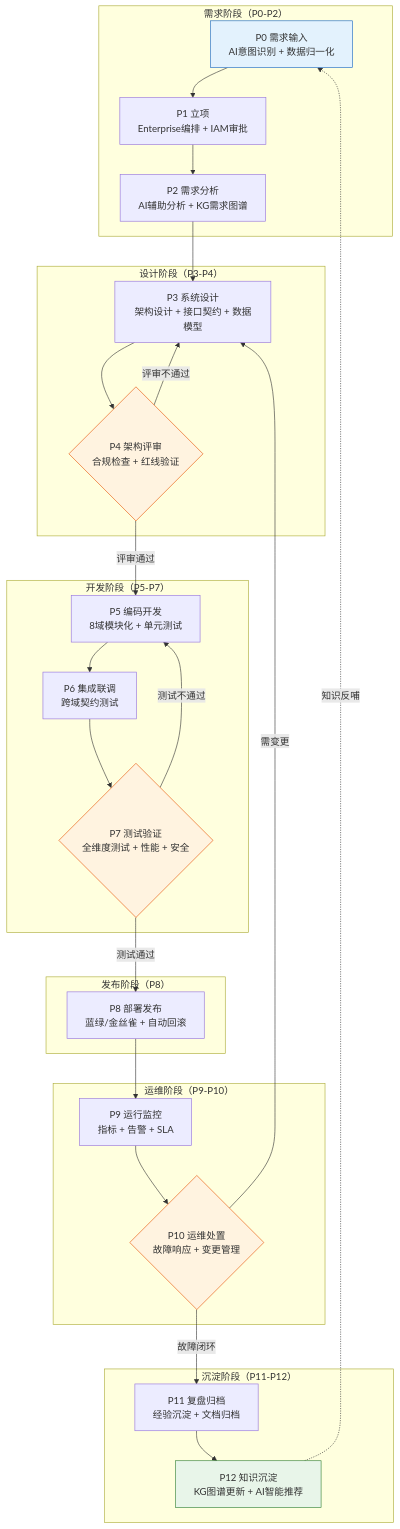
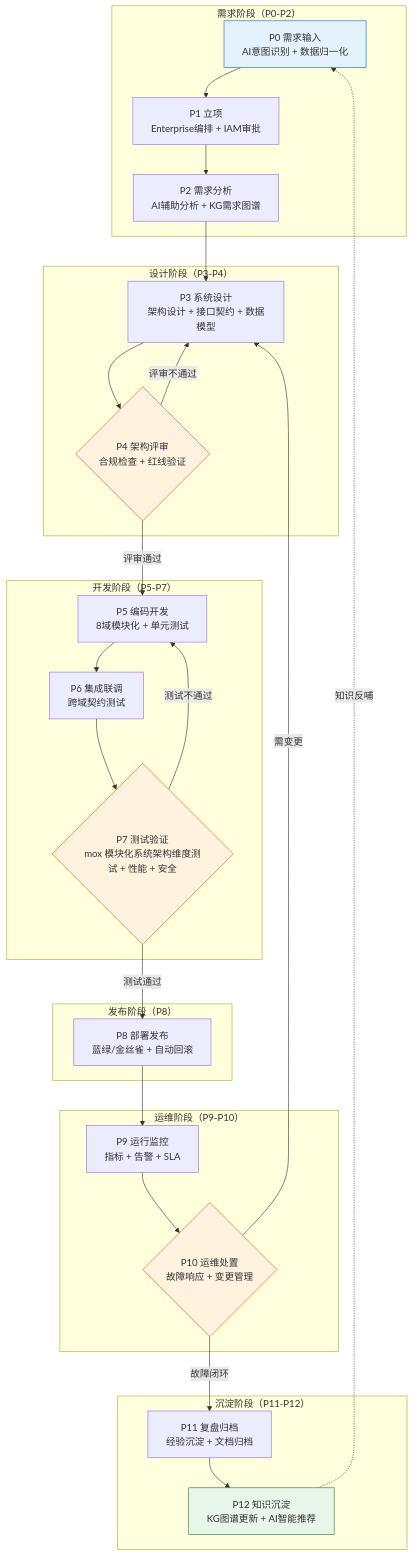
One commit to aikjx/mox changed the first of 5 diagrams in docs/rust-enterprise/02-business-flow.md. Above: the diagram before and after it, drawn with Mermaid. The commit also changed other lines of this file and 608 other files, not shown here.

````diff
--- a/docs/rust-enterprise/02-business-flow.md
+++ b/docs/rust-enterprise/02-business-flow.md
@@ -19,51 +19,51 @@
 ```mermaid
 flowchart TD
     subgraph 需求阶段["需求阶段（P0-P2）"]
         P0["P0 需求输入<br/>AI意图识别 + 数据归一化"]
         P1["P1 立项<br/>Enterprise编排 + IAM审批"]
         P2["P2 需求分析<br/>AI辅助分析 + KG需求图谱"]
     end
 
     subgraph 设计阶段["设计阶段（P3-P4）"]
         P3["P3 系统设计<br/>架构设计 + 接口契约 + 数据模型"]
         P4{"P4 架构评审<br/>合规检查 + 红线验证"}
     end
 
     subgraph 开发阶段["开发阶段（P5-P7）"]
         P5["P5 编码开发<br/>8域模块化 + 单元测试"]
         P6["P6 集成联调<br/>跨域契约测试"]
-        P7{"P7 测试验证<br/>全维度测试 + 性能 + 安全"}
+        P7{"P7 测试验证<br/>mox 模块化系统架构维度测试 + 性能 + 安全"}
     end
 
     subgraph 发布阶段["发布阶段（P8）"]
         P8["P8 部署发布<br/>蓝绿/金丝雀 + 自动回滚"]
     end
 
     subgraph 运维阶段["运维阶段（P9-P10）"]
         P9["P9 运行监控<br/>指标 + 告警 + SLA"]
         P10{"P10 运维处置<br/>故障响应 + 变更管理"}
     end
 
     subgraph 沉淀阶段["沉淀阶段（P11-P12）"]
         P11["P11 复盘归档<br/>经验沉淀 + 文档归档"]
         P12["P12 知识沉淀<br/>KG图谱更新 + AI智能推荐"]
     end
 
     P0 --> P1 --> P2 --> P3 --> P4
     P4 -->|评审通过| P5
     P4 -->|评审不通过| P3
     P5 --> P6 --> P7
     P7 -->|测试通过| P8
     P7 -->|测试不通过| P5
     P8 --> P9 --> P10
     P10 -->|故障闭环| P11
     P10 -->|需变更| P3
     P11 --> P12
     P12 -.->|知识反哺| P0
 
     style P0 fill:#E3F2FD,stroke:#1565C0
     style P4 fill:#FFF3E0,stroke:#E65100
     style P7 fill:#FFF3E0,stroke:#E65100
     style P10 fill:#FFF3E0,stroke:#E65100
     style P12 fill:#E8F5E9,stroke:#2E7D32
 ```
````
